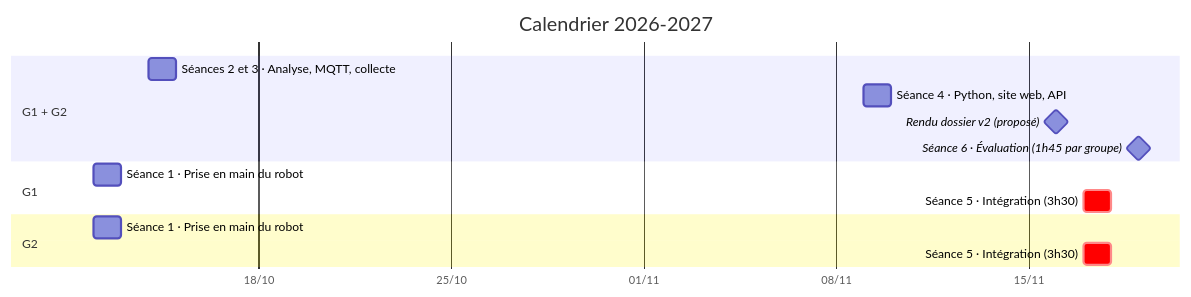
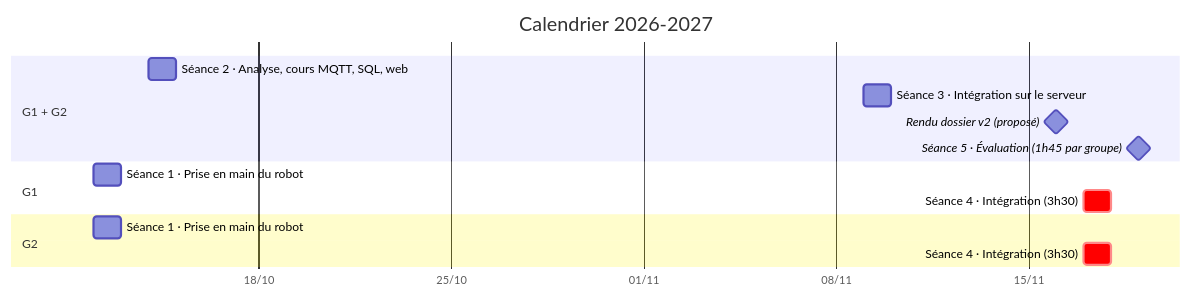
The first of 4 diagrams in progression_pedagogique/BACHINGE24.md (fabrice1618/niryo2), drawn with Mermaid before and after one commit. The commit also changed other lines of this file and 47 other files, not shown here.

````diff
--- a/progression_pedagogique/BACHINGE24.md
+++ b/progression_pedagogique/BACHINGE24.md
@@ -85,19 +84,19 @@
 ```mermaid
 gantt
     title Calendrier 2026-2027
     dateFormat YYYY-MM-DD
     axisFormat %d/%m
     tickInterval 1week
     todayMarker off
     section G1 + G2
-        Séances 2 et 3 · Analyse, MQTT, collecte  : 2026-10-14, 1d
-        Séance 4 · Python, site web, API          : 2026-11-09, 1d
-        Rendu dossier v2 (proposé)                : milestone, 2026-11-16, 0d
-        Séance 6 · Évaluation (1h45 par groupe)  : milestone, 2026-11-19, 0d
+        Séance 2 · Analyse, cours MQTT, SQL, web   : 2026-10-14, 1d
+        Séance 3 · Intégration sur le serveur      : 2026-11-09, 1d
+        Rendu dossier v2 (proposé)                 : milestone, 2026-11-16, 0d
+        Séance 5 · Évaluation (1h45 par groupe)   : milestone, 2026-11-19, 0d
     section G1
-        Séance 1 · Prise en main du robot         : 2026-10-12, 1d
-        Séance 5 · Intégration (3h30)             : crit, 2026-11-17, 1d
+        Séance 1 · Prise en main du robot          : 2026-10-12, 1d
+        Séance 4 · Intégration (3h30)              : crit, 2026-11-17, 1d
     section G2
-        Séance 1 · Prise en main du robot         : 2026-10-12, 1d
-        Séance 5 · Intégration (3h30)             : crit, 2026-11-17, 1d
+        Séance 1 · Prise en main du robot          : 2026-10-12, 1d
+        Séance 4 · Intégration (3h30)              : crit, 2026-11-17, 1d
 ```
````
